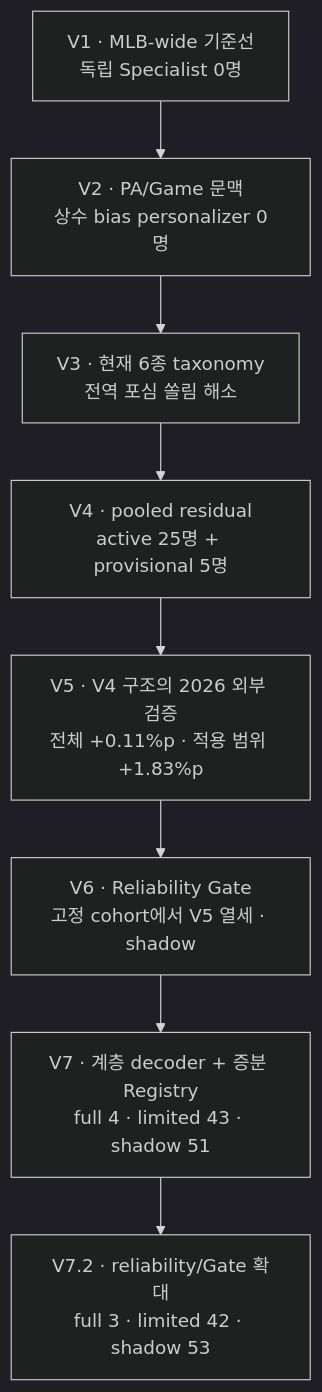
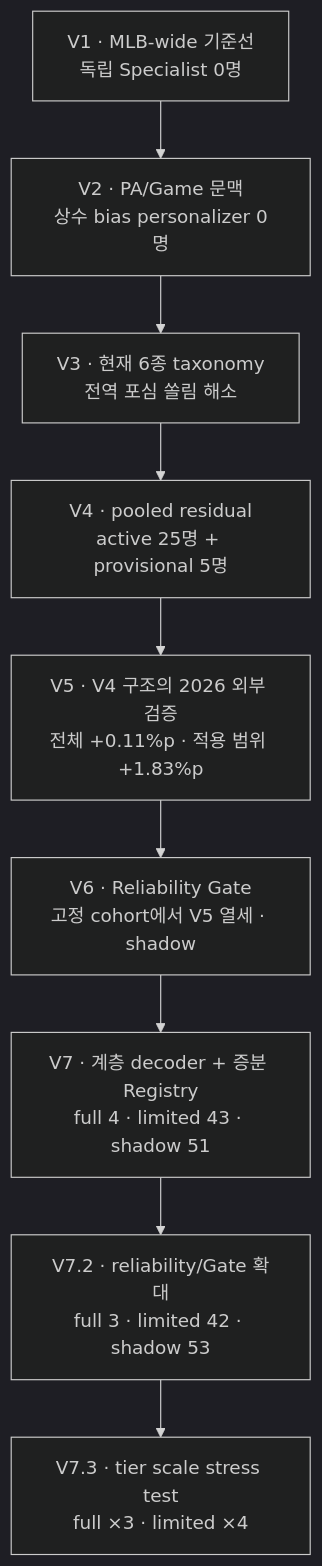
One commit to madcamp-official/OyarZabal changed the first of 2 diagrams in reports/README.md. Above: the diagram before and after it, drawn with Mermaid (dark theme). The commit also changed other lines of this file and 5 other files, not shown here.

````diff
--- a/reports/README.md
+++ b/reports/README.md
@@ -24,12 +26,13 @@
 ```mermaid
 flowchart TD
     V1["V1 · MLB-wide 기준선<br/>독립 Specialist 0명"]
     V2["V2 · PA/Game 문맥<br/>상수 bias personalizer 0명"]
     V3["V3 · 현재 6종 taxonomy<br/>전역 포심 쏠림 해소"]
     V4["V4 · pooled residual<br/>active 25명 + provisional 5명"]
     V5["V5 · V4 구조의 2026 외부 검증<br/>전체 +0.11%p · 적용 범위 +1.83%p"]
     V6["V6 · Reliability Gate<br/>고정 cohort에서 V5 열세 · shadow"]
     V7["V7 · 계층 decoder + 증분 Registry<br/>full 4 · limited 43 · shadow 51"]
     V72["V7.2 · reliability/Gate 확대<br/>full 3 · limited 42 · shadow 53"]
-    V1 --> V2 --> V3 --> V4 --> V5 --> V6 --> V7 --> V72
+    V73["V7.3 · tier scale stress test<br/>full ×3 · limited ×4"]
+    V1 --> V2 --> V3 --> V4 --> V5 --> V6 --> V7 --> V72 --> V73
 ```
````
